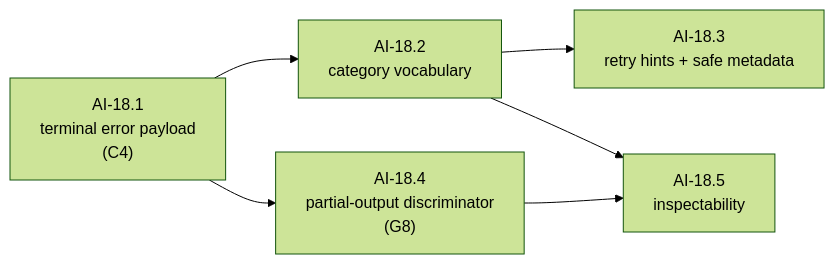
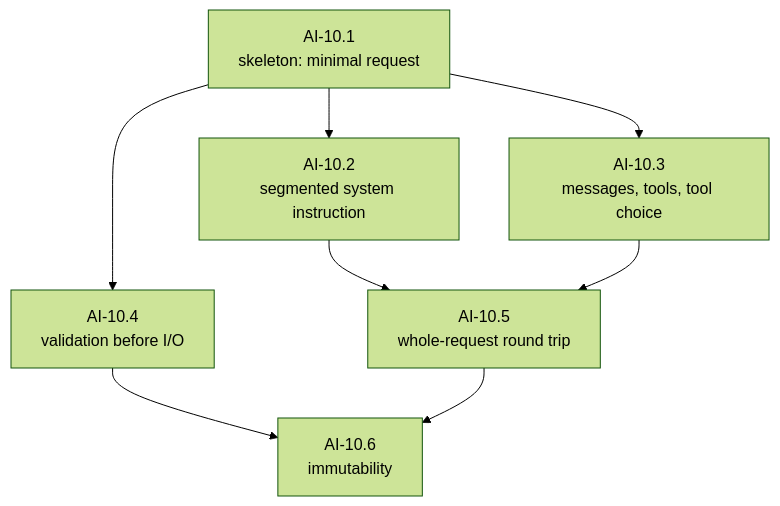
The eighth of 29 diagrams in docs/architecture/milestones/0002-cachicamas-ai-layer-1-task-graph.md (witsaba/cachicamas), drawn with Mermaid (forest theme) before and after one commit. The commit also changed other lines of this file, not shown here.

First line of the commit message:
docs: rewrite Layer 1 task graph as a from-zero plan (AI-00 … AI-40)

````diff
--- a/docs/architecture/milestones/0002-cachicamas-ai-layer-1-task-graph.md
+++ b/docs/architecture/milestones/0002-cachicamas-ai-layer-1-task-graph.md
@@ -525,8 +641,10 @@
 ```mermaid
-flowchart LR
-    F1["AI-18.1<br/>terminal error payload<br/>(C4)"] --> F2["AI-18.2<br/>category vocabulary"]
-    F2 --> F3["AI-18.3<br/>retry hints + safe metadata"]
-    F1 --> F4["AI-18.4<br/>partial-output discriminator<br/>(G8)"]
-    F2 --> F5["AI-18.5<br/>inspectability"]
-    F4 --> F5
+flowchart TB
+    J1["AI-10.1<br/>skeleton: minimal request"] --> J2["AI-10.2<br/>segmented system instruction"]
+    J1 --> J3["AI-10.3<br/>messages, tools, tool choice"]
+    J1 --> J4["AI-10.4<br/>validation before I/O"]
+    J2 --> J5["AI-10.5<br/>whole-request round trip"]
+    J3 --> J5
+    J4 --> J6["AI-10.6<br/>immutability"]
+    J5 --> J6
 ```
````
